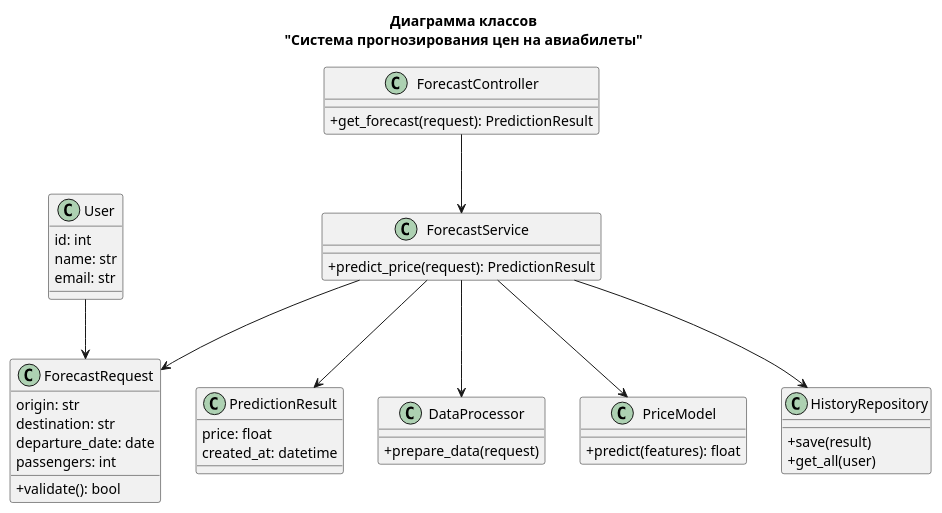
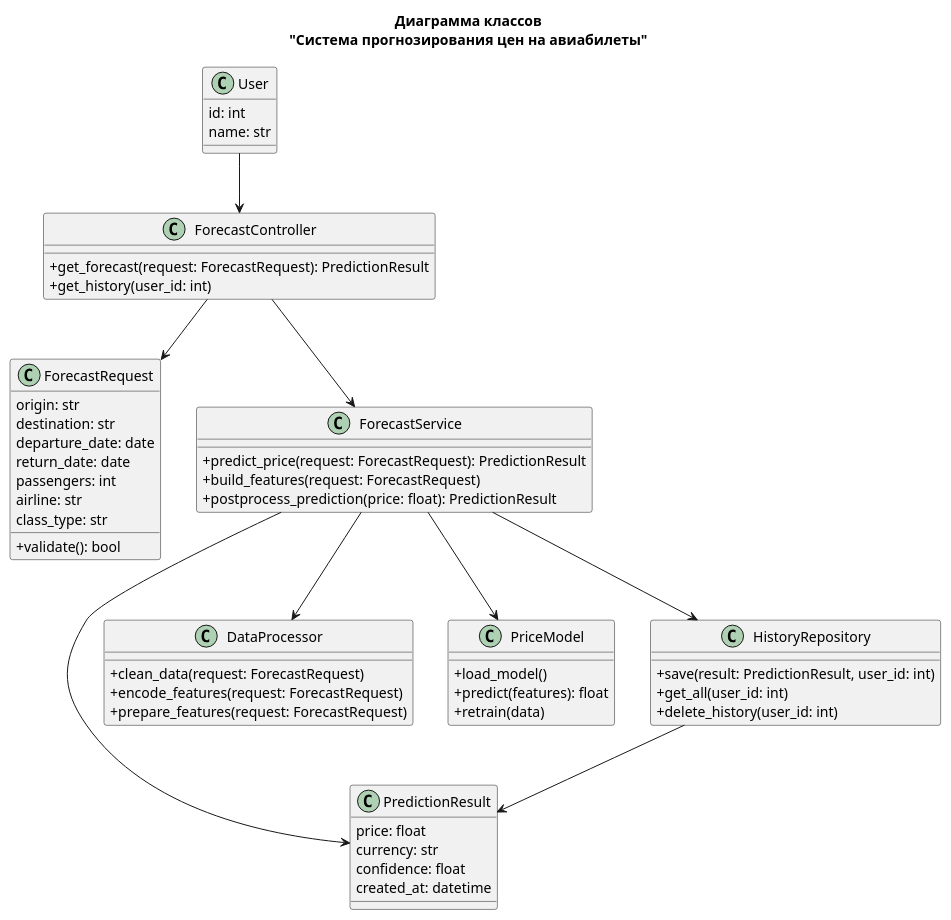
One commit to Mytyai/4-course changed the diagram in spec-langs-8/lab2/code/classes.puml. Above: the diagram before and after it, drawn with PlantUML. The commit also changed 6 other files, not shown here.

```diff
--- a/spec-langs-8/lab2/code/classes.puml
+++ b/spec-langs-8/lab2/code/classes.puml
@@ -1,53 +1,69 @@
 @startuml
 title Диаграмма классов\n"Система прогнозирования цен на авиабилеты"
 skinparam classAttributeIconSize 0
 
 class User {
   id: int
   name: str
-  email: str
 }
 
 class ForecastRequest {
   origin: str
   destination: str
   departure_date: date
+  return_date: date
   passengers: int
+  airline: str
+  class_type: str
   +validate(): bool
 }
 
 class PredictionResult {
   price: float
+  currency: str
+  confidence: float
   created_at: datetime
 }
 
 class ForecastController {
-  +get_forecast(request): PredictionResult
+  +get_forecast(request: ForecastRequest): PredictionResult
+  +get_history(user_id: int)
 }
 
 class ForecastService {
-  +predict_price(request): PredictionResult
+  +predict_price(request: ForecastRequest): PredictionResult
+  +build_features(request: ForecastRequest)
+  +postprocess_prediction(price: float): PredictionResult
 }
 
 class DataProcessor {
-  +prepare_data(request)
+  +clean_data(request: ForecastRequest)
+  +encode_features(request: ForecastRequest)
+  +prepare_features(request: ForecastRequest)
 }
 
 class PriceModel {
+  +load_model()
   +predict(features): float
+  +retrain(data)
 }
 
 class HistoryRepository {
-  +save(result)
-  +get_all(user)
+  +save(result: PredictionResult, user_id: int)
+  +get_all(user_id: int)
+  +delete_history(user_id: int)
 }
 
-User --> ForecastRequest
+User --> ForecastController
+
 ForecastController --> ForecastService
-ForecastService --> ForecastRequest
+ForecastController --> ForecastRequest
+
 ForecastService --> DataProcessor
 ForecastService --> PriceModel
 ForecastService --> PredictionResult
 ForecastService --> HistoryRepository
 
+HistoryRepository --> PredictionResult
+
 @enduml
```
